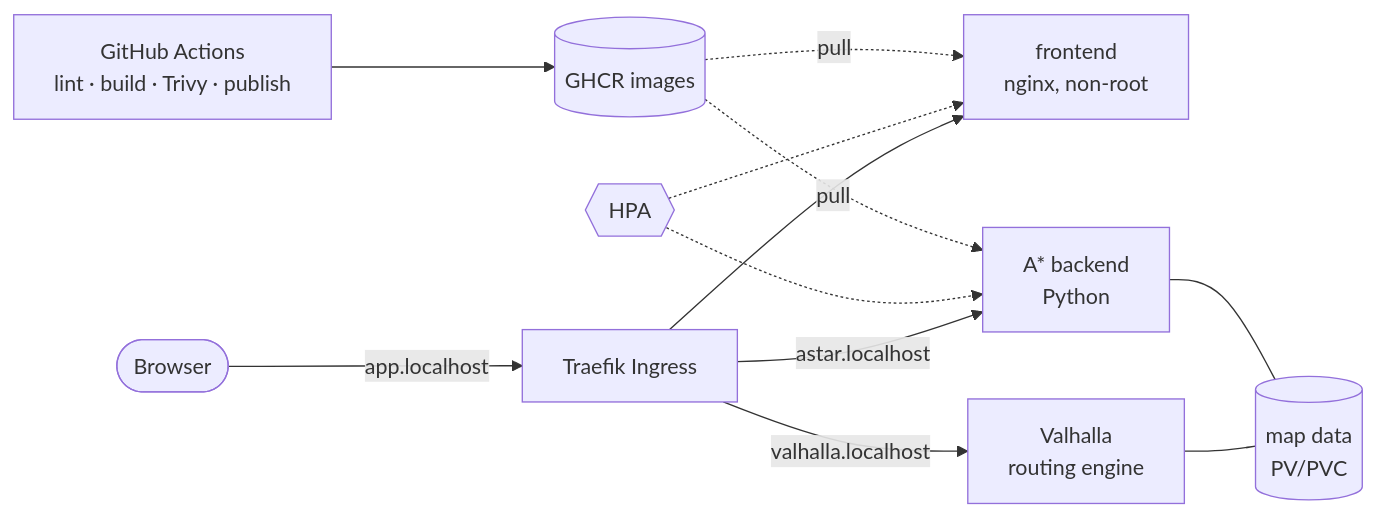
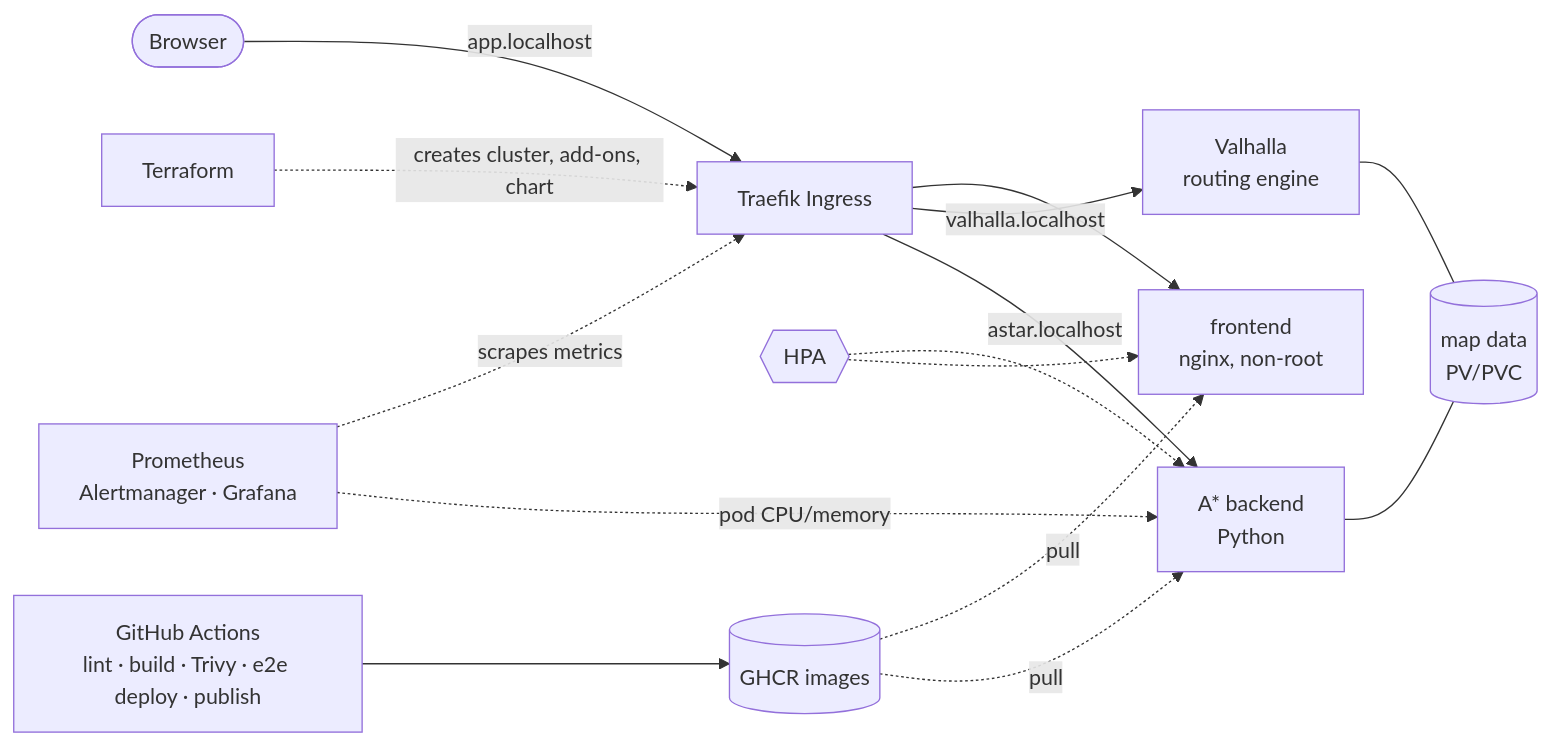
Before and after one commit to abhithapliyal05/MapRouting: the diagram in README.md, drawn with Mermaid. The commit also changed other lines of this file and 3 other files, not shown here.

````diff
--- a/README.md
+++ b/README.md
@@ -11,14 +18,17 @@
 ```mermaid
 flowchart LR
   user([Browser]) -->|app.localhost| ing[Traefik Ingress]
   ing --> fe[frontend<br/>nginx, non-root]
   ing -->|valhalla.localhost| va[Valhalla<br/>routing engine]
   ing -->|astar.localhost| as[A* backend<br/>Python]
   va --- vol[(map data<br/>PV/PVC)]
   as --- vol
   hpa{{HPA}} -.-> as
   hpa -.-> fe
-  gh[GitHub Actions<br/>lint · build · Trivy · publish] --> reg[(GHCR images)]
+  prom[Prometheus<br/>Alertmanager · Grafana] -.->|scrapes metrics| ing
+  prom -.->|pod CPU/memory| as
+  tf[Terraform] -.->|creates cluster, add-ons, chart| ing
+  gh[GitHub Actions<br/>lint · build · Trivy · e2e deploy · publish] --> reg[(GHCR images)]
   reg -.->|pull| fe
   reg -.->|pull| as
 ```
````
